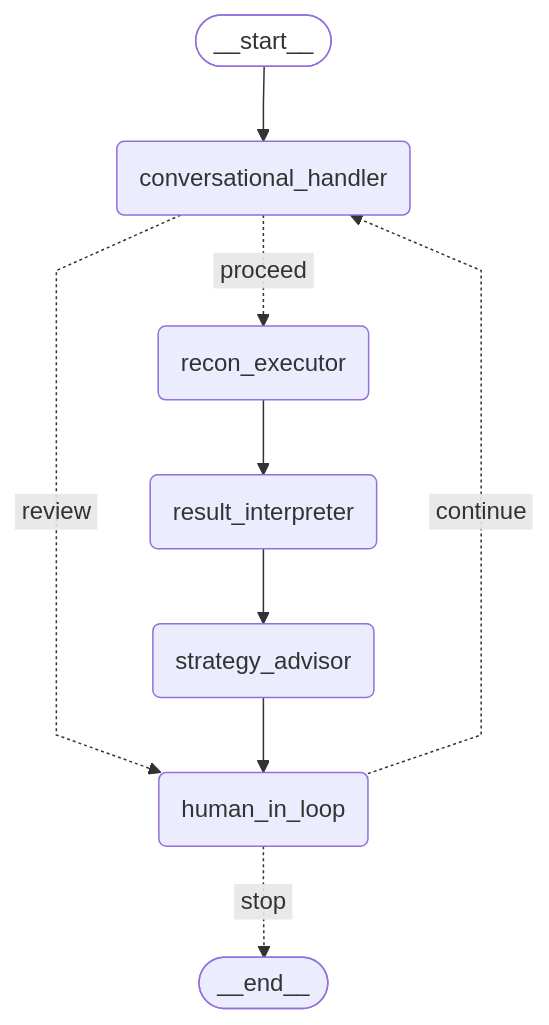
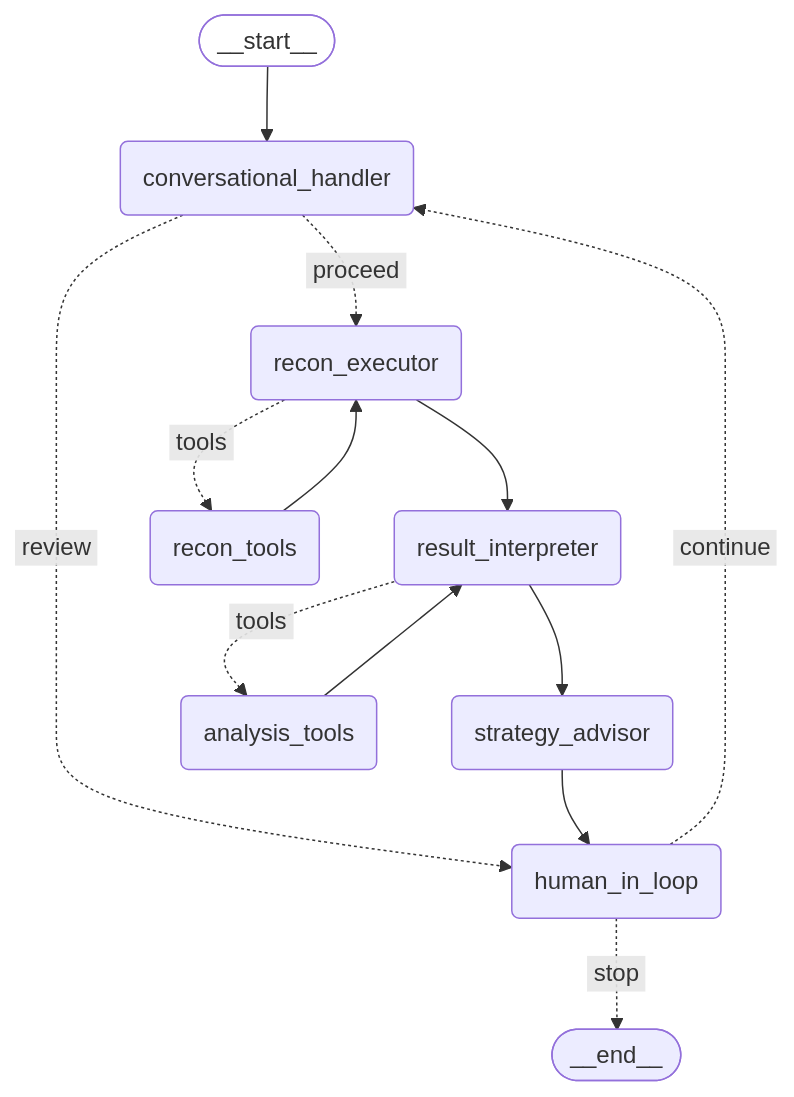
Before and after one commit to vksundararajan/AdaptiveFuzz: the diagram in README.md, drawn with Mermaid. The commit also changed other lines of this file and 9 other files, not shown here.

````diff
--- a/README.md
+++ b/README.md
@@ -19,26 +43,32 @@
 ```mermaid
 ---
 config:
   flowchart:
-    curve: linear
+    curve: CARDINAL
 ---
 graph TD;
 	__start__([<p>__start__</p>]):::first
 	conversational_handler(conversational_handler)
 	recon_executor(recon_executor)
 	result_interpreter(result_interpreter)
 	strategy_advisor(strategy_advisor)
 	human_in_loop(human_in_loop)
+	recon_tools(recon_tools)
+	analysis_tools(analysis_tools)
 	__end__([<p>__end__</p>]):::last
 	__start__ --> conversational_handler;
+	analysis_tools --> result_interpreter;
 	conversational_handler -. &nbsp;review&nbsp; .-> human_in_loop;
 	conversational_handler -. &nbsp;proceed&nbsp; .-> recon_executor;
 	human_in_loop -. &nbsp;stop&nbsp; .-> __end__;
 	human_in_loop -. &nbsp;continue&nbsp; .-> conversational_handler;
+	recon_executor -. &nbsp;tools&nbsp; .-> recon_tools;
 	recon_executor --> result_interpreter;
+	recon_tools --> recon_executor;
+	result_interpreter -. &nbsp;tools&nbsp; .-> analysis_tools;
 	result_interpreter --> strategy_advisor;
 	strategy_advisor --> human_in_loop;
 	classDef default fill:,line-height:1.2
 	classDef first fill-opacity:0
 	classDef last fill:
 ```
````
